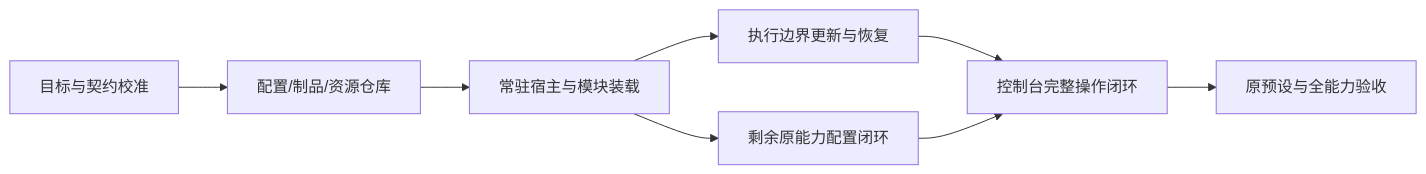
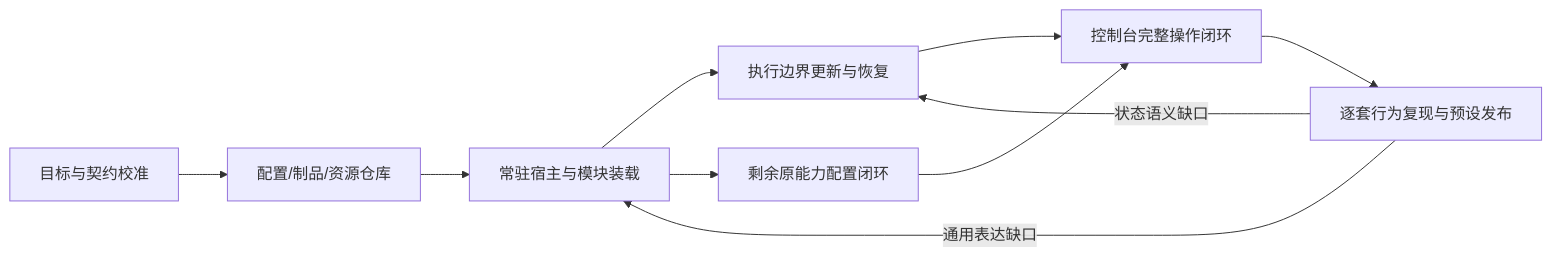
One commit to None9527/NofyAgents changed the second of 11 diagrams in docs/architecture/live-agent-console.md. Above: the diagram before and after it, drawn with Mermaid. The commit also changed other lines of this file and 11227 other files, not shown here.

````diff
--- a/docs/architecture/live-agent-console.md
+++ b/docs/architecture/live-agent-console.md
@@ -120,10 +174,12 @@
 ```mermaid
 flowchart LR
     L0[目标与契约校准] --> L1[配置/制品/资源仓库]
     L1 --> L2[常驻宿主与模块装载]
     L2 --> L3[执行边界更新与恢复]
     L2 --> C8[剩余原能力配置闭环]
     L3 --> L4[控制台完整操作闭环]
     C8 --> L4
-    L4 --> L5[原预设与全能力验收]
+    L4 --> L5[逐套行为复现与预设发布]
+    L5 -->|通用表达缺口| L2
+    L5 -->|状态语义缺口| L3
 ```
````
